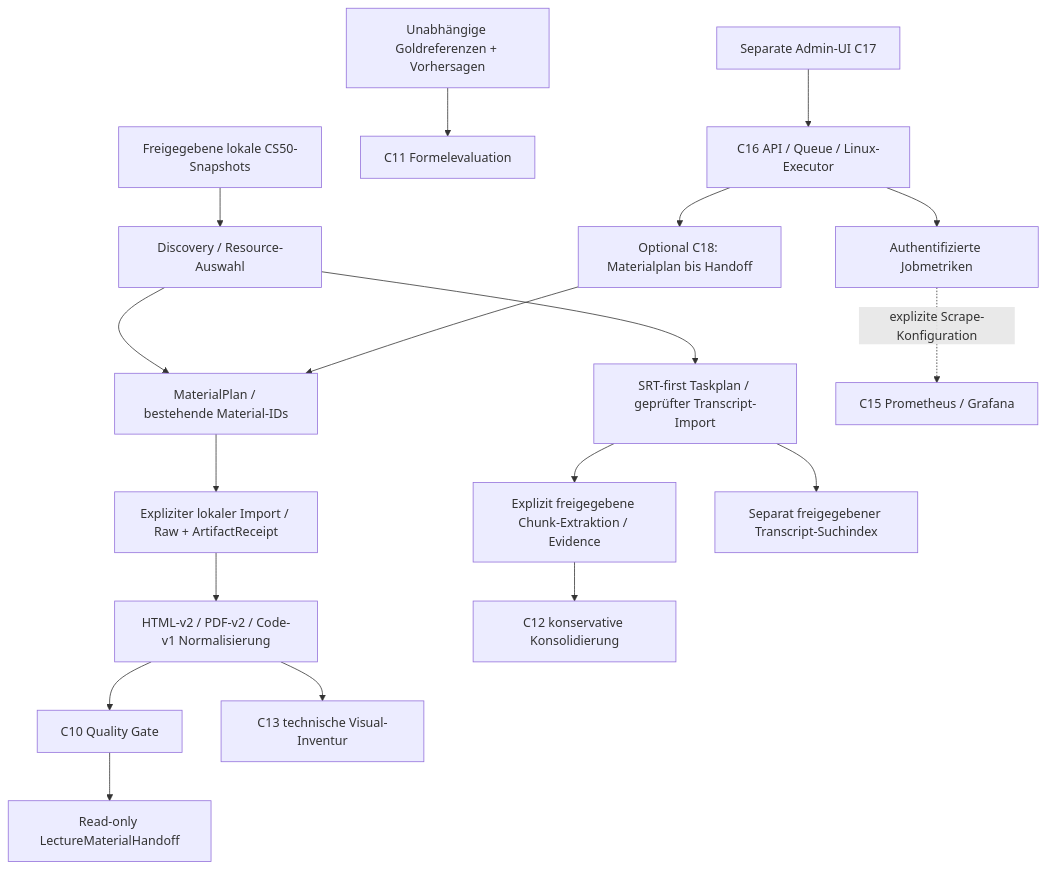
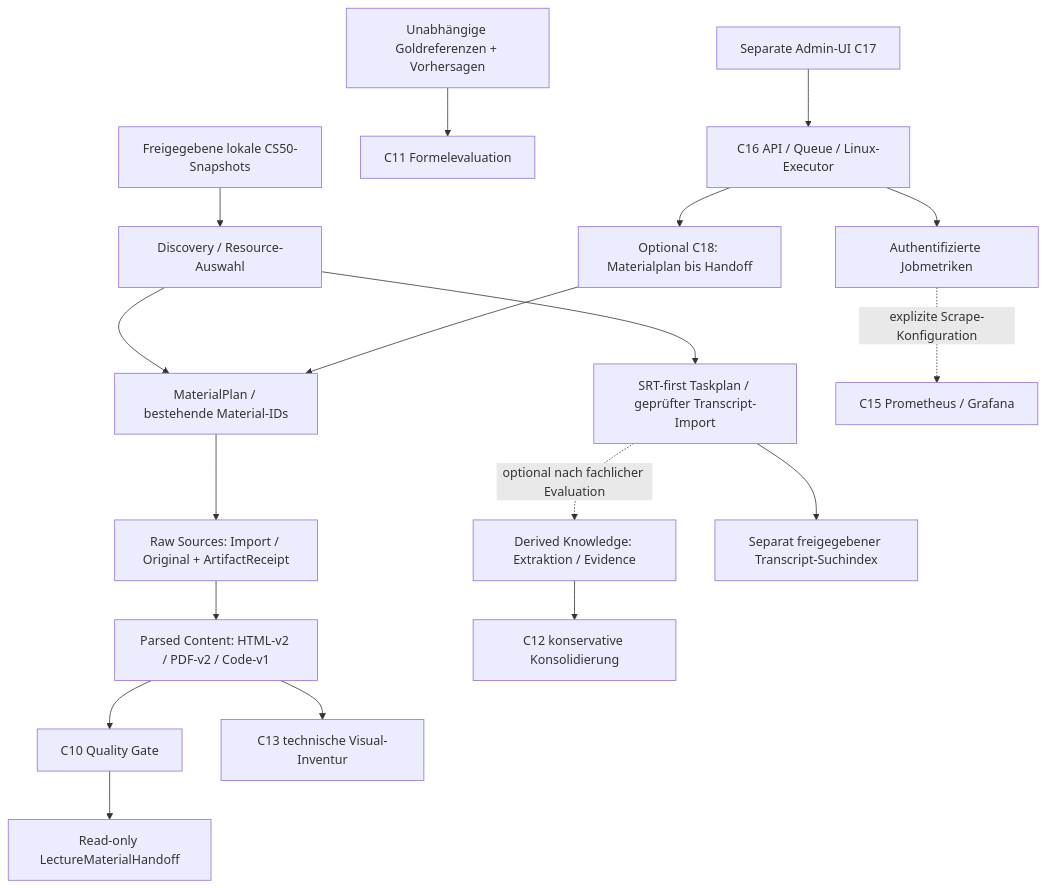
The diagram in docs/architecture.md (rf-data/Personal_Assistant), drawn with Mermaid before and after one commit. The commit also changed other lines of this file and 15 other files, not shown here.

Commit message:
docs(C23.0): consolidate source-first roadmap and unapproved GitHub planning

````diff
--- a/docs/architecture.md
+++ b/docs/architecture.md
@@ -12,20 +21,20 @@
 ```mermaid
 flowchart TD
   S[Freigegebene lokale CS50-Snapshots] --> D[Discovery / Resource-Auswahl]
   D --> M[MaterialPlan / bestehende Material-IDs]
-  M --> R[Expliziter lokaler Import / Raw + ArtifactReceipt]
-  R --> N[HTML-v2 / PDF-v2 / Code-v1 Normalisierung]
+  M --> R[Raw Sources: Import / Original + ArtifactReceipt]
+  R --> N[Parsed Content: HTML-v2 / PDF-v2 / Code-v1]
   N --> Q[C10 Quality Gate]
   Q --> H[Read-only LectureMaterialHandoff]
   N --> V[C13 technische Visual-Inventur]
   D --> T[SRT-first Taskplan / geprüfter Transcript-Import]
-  T --> K[Explizit freigegebene Chunk-Extraktion / Evidence]
+  T -. optional nach fachlicher Evaluation .-> K[Derived Knowledge: Extraktion / Evidence]
   K --> C[C12 konservative Konsolidierung]
   T --> I[Separat freigegebener Transcript-Suchindex]
   G[Unabhängige Goldreferenzen + Vorhersagen] --> E[C11 Formelevaluation]
   U[Separate Admin-UI C17] --> J[C16 API / Queue / Linux-Executor]
   J --> W[Optional C18: Materialplan bis Handoff]
   W --> M
   J --> P[Authentifizierte Jobmetriken]
   P -. explizite Scrape-Konfiguration .-> O[C15 Prometheus / Grafana]
 ```
````
